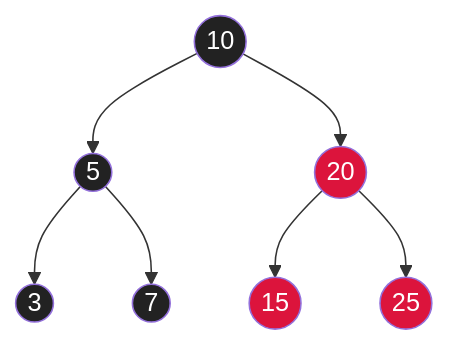
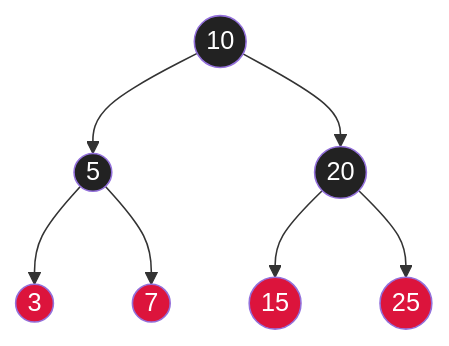
The third of 4 diagrams in cheatsheets/interview/algorithms/data-structures/trees-interview.md (akeverus/cheat-sheet), drawn with Mermaid before and after one commit. The commit also changed other lines of this file and 154 other files, not shown here.

````diff
--- a/cheatsheets/interview/algorithms/data-structures/trees-interview.md
+++ b/cheatsheets/interview/algorithms/data-structures/trees-interview.md
@@ -831,17 +837,17 @@
 ```mermaid
 graph TD
     R((10)) --> L((5))
     R --> RR((20))
     L --> LL((3))
     L --> LR((7))
     RR --> RL((15))
     RR --> RRR((25))
 
     style R fill:#222,color:white
-    style RR fill:#dc143c,color:white
-    style LL fill:#222,color:white
-    style LR fill:#222,color:white
+    style RR fill:#222,color:white
+    style LL fill:#dc143c,color:white
+    style LR fill:#dc143c,color:white
     style RL fill:#dc143c,color:white
     style RRR fill:#dc143c,color:white
     style L fill:#222,color:white
 ```
````
